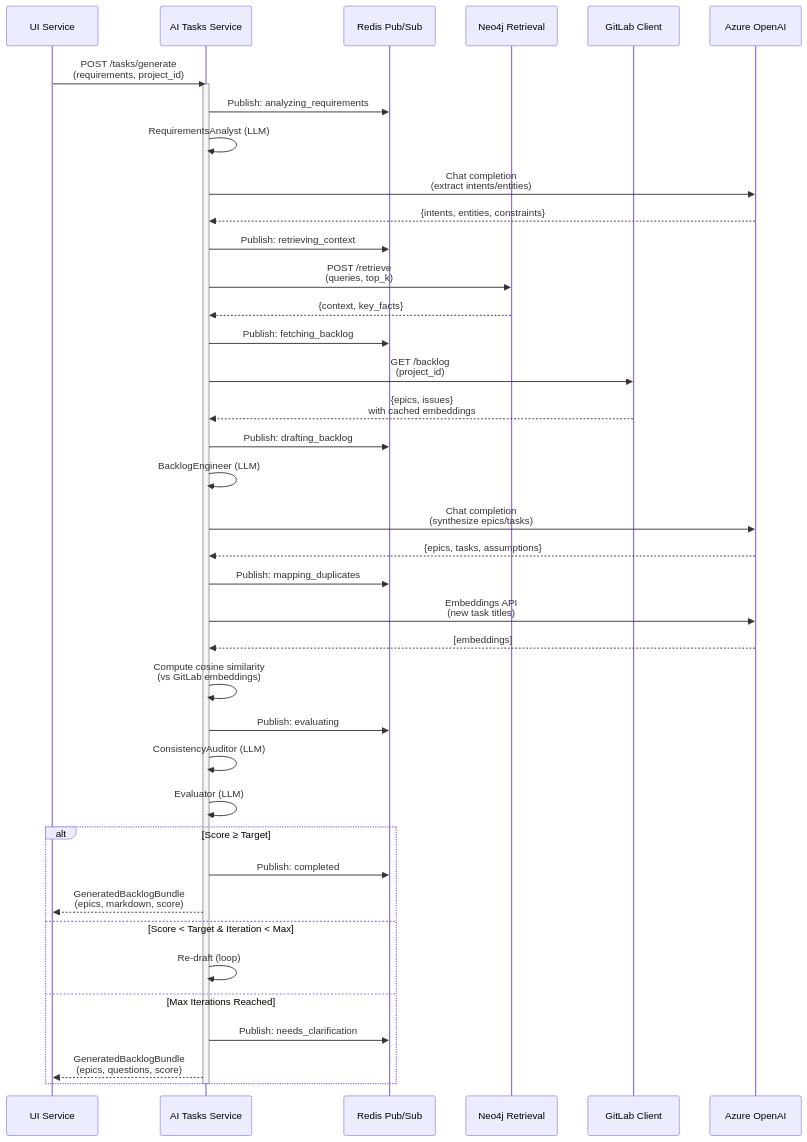
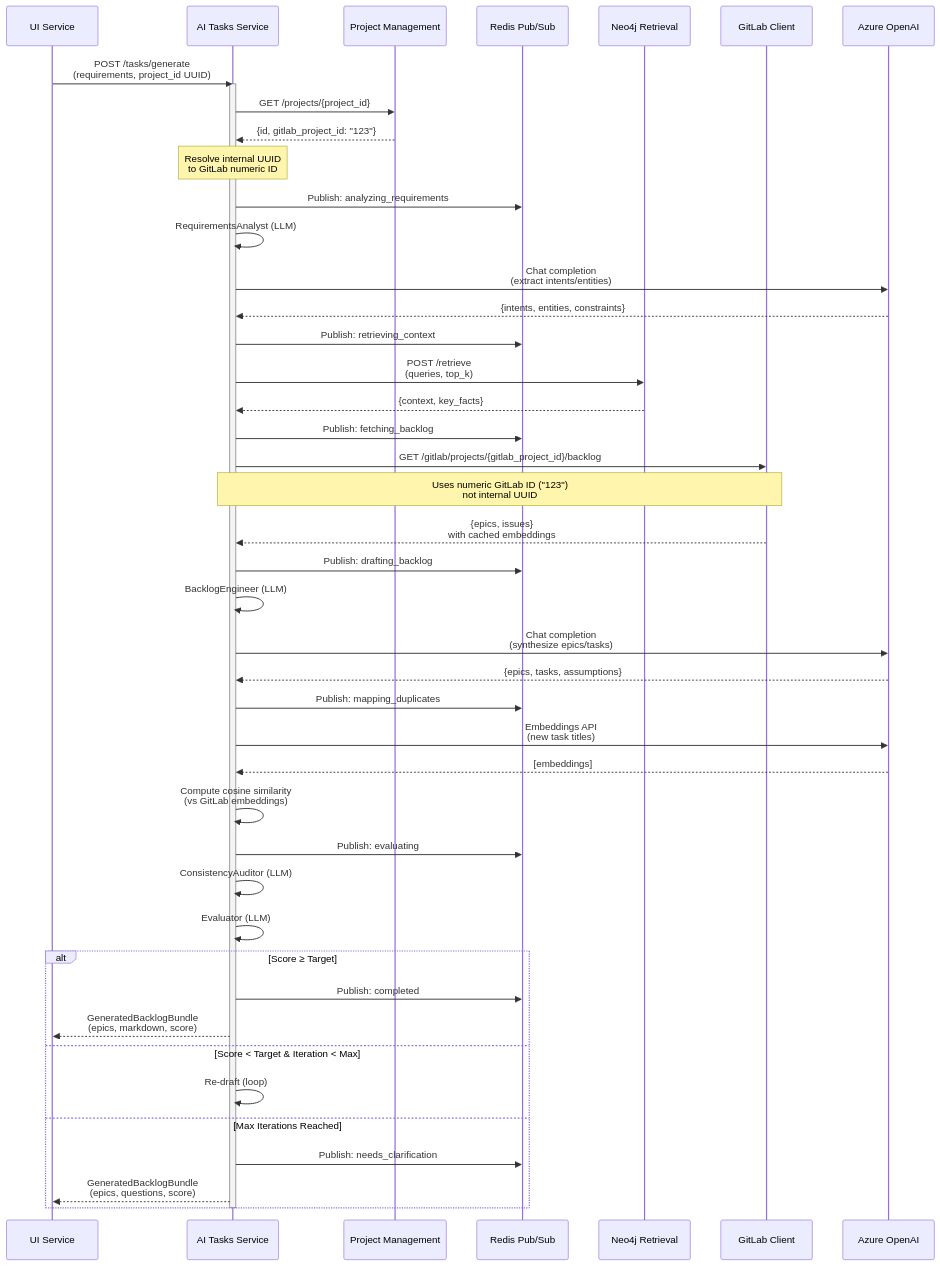
One commit to vladavilov/playground changed the third of 6 diagrams in git-epic-creator/services/ai_tasks_service/README.md. Above: the diagram before and after it, drawn with Mermaid. The commit also changed other lines of this file and 19 other files, not shown here.

Commit message:
fixed call to resolve gitlab project id from ai tasks service

````diff
--- a/git-epic-creator/services/ai_tasks_service/README.md
+++ b/git-epic-creator/services/ai_tasks_service/README.md
@@ -331,49 +335,54 @@
 ```mermaid
 sequenceDiagram
     participant UI as UI Service
     participant AI as AI Tasks Service
+    participant ProjMgmt as Project Management
     participant Redis as Redis Pub/Sub
     participant Neo4j as Neo4j Retrieval
     participant GitLab as GitLab Client
     participant OpenAI as Azure OpenAI
     
-    UI->>AI: POST /tasks/generate<br/>(requirements, project_id)
+    UI->>AI: POST /tasks/generate<br/>(requirements, project_id UUID)
     activate AI
+    AI->>ProjMgmt: GET /projects/{project_id}
+    ProjMgmt-->>AI: {id, gitlab_project_id: "123"}
+    Note over AI: Resolve internal UUID<br/>to GitLab numeric ID
     AI->>Redis: Publish: analyzing_requirements
     AI->>AI: RequirementsAnalyst (LLM)
     AI->>OpenAI: Chat completion<br/>(extract intents/entities)
     OpenAI-->>AI: {intents, entities, constraints}
     
     AI->>Redis: Publish: retrieving_context
     AI->>Neo4j: POST /retrieve<br/>(queries, top_k)
     Neo4j-->>AI: {context, key_facts}
     
     AI->>Redis: Publish: fetching_backlog
-    AI->>GitLab: GET /backlog<br/>(project_id)
+    AI->>GitLab: GET /gitlab/projects/{gitlab_project_id}/backlog
+    Note over AI,GitLab: Uses numeric GitLab ID ("123")<br/>not internal UUID
     GitLab-->>AI: {epics, issues}<br/>with cached embeddings
     
     AI->>Redis: Publish: drafting_backlog
     AI->>AI: BacklogEngineer (LLM)
     AI->>OpenAI: Chat completion<br/>(synthesize epics/tasks)
     OpenAI-->>AI: {epics, tasks, assumptions}
     
     AI->>Redis: Publish: mapping_duplicates
     AI->>OpenAI: Embeddings API<br/>(new task titles)
     OpenAI-->>AI: [embeddings]
     AI->>AI: Compute cosine similarity<br/>(vs GitLab embeddings)
     
     AI->>Redis: Publish: evaluating
     AI->>AI: ConsistencyAuditor (LLM)
     AI->>AI: Evaluator (LLM)
     
     alt Score ≥ Target
         AI->>Redis: Publish: completed
         AI-->>UI: GeneratedBacklogBundle<br/>(epics, markdown, score)
     else Score < Target & Iteration < Max
         AI->>AI: Re-draft (loop)
     else Max Iterations Reached
         AI->>Redis: Publish: needs_clarification
         AI-->>UI: GeneratedBacklogBundle<br/>(epics, questions, score)
     end
     deactivate AI
 ```
````
